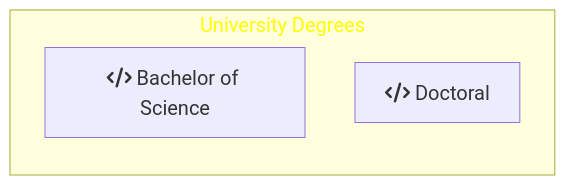
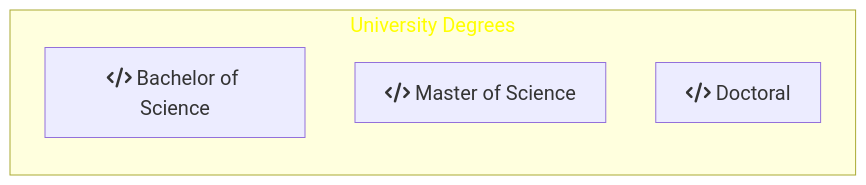
One commit to DippoldEJ/DippoldEJ changed the second of 2 diagrams in README.md. Above: the diagram before and after it, drawn with Mermaid.

````diff
--- a/README.md
+++ b/README.md
@@ -37,16 +37,16 @@
 ```mermaid
 flowchart LR;
 %%{init: {
 	'themeVariables': { 'fontSize': '20px', 'fontFamily': 'Didot'}
 	}
 }%%
 
 subgraph h[University Degrees]
 direction TD
     s[fa:fa-code Bachelor of Science ]
-    a[fa:fa-code Master of Science ]
+    b[fa:fa-code Master of Science ]
     a[fa:fa-code Doctoral ]
     end
 
 style h color:#FFFF00
 ```
````
